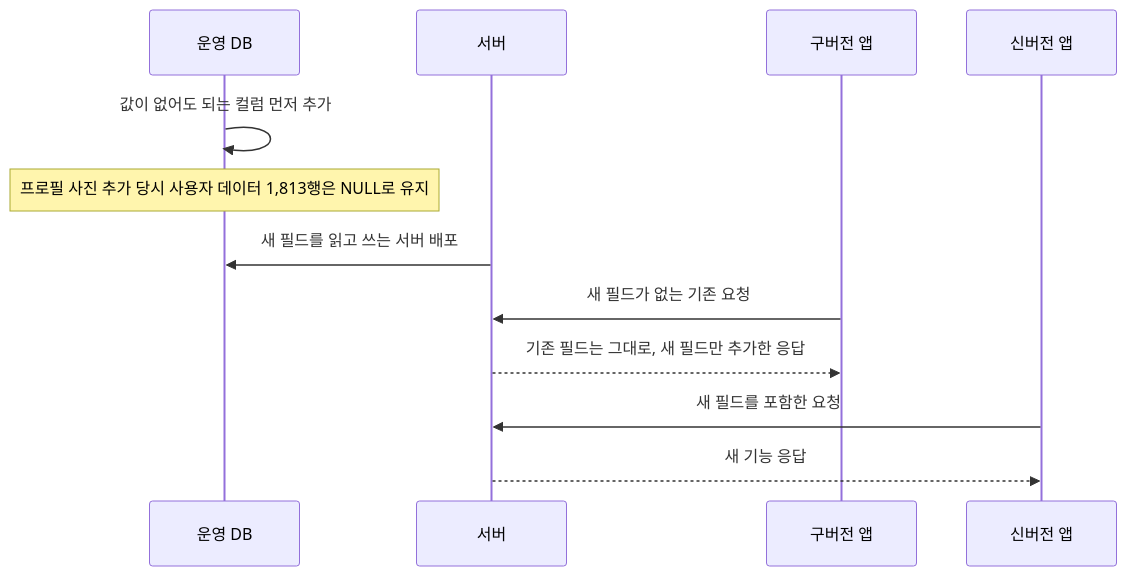
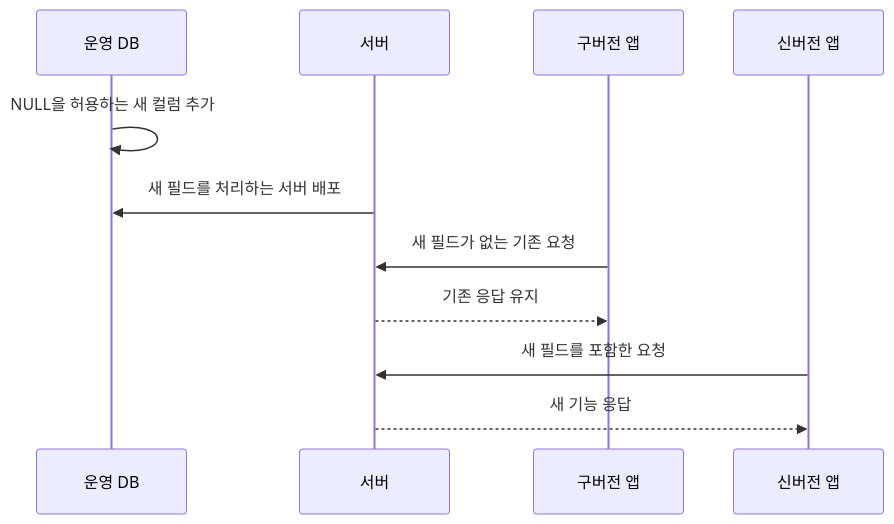
One commit to Jinacker/PortFolio changed the diagram in public/mds/katsu-map/impl-2-compat.md. Above: the diagram before and after it, drawn with Mermaid. The commit also changed other lines of this file and 9 other files, not shown here.

````diff
--- a/public/mds/katsu-map/impl-2-compat.md
+++ b/public/mds/katsu-map/impl-2-compat.md
@@ -35,15 +48,14 @@
 ```mermaid
 sequenceDiagram
     participant DB as 운영 DB
     participant Server as 서버
     participant Old as 구버전 앱
     participant New as 신버전 앱
 
-    DB->>DB: 값이 없어도 되는 컬럼 먼저 추가
-    Note over DB: 프로필 사진 추가 당시 사용자 데이터 1,813행은 NULL로 유지
-    Server->>DB: 새 필드를 읽고 쓰는 서버 배포
+    DB->>DB: NULL을 허용하는 새 컬럼 추가
+    Server->>DB: 새 필드를 처리하는 서버 배포
     Old->>Server: 새 필드가 없는 기존 요청
-    Server-->>Old: 기존 필드는 그대로, 새 필드만 추가한 응답
+    Server-->>Old: 기존 응답 유지
     New->>Server: 새 필드를 포함한 요청
     Server-->>New: 새 기능 응답
 ```
````
